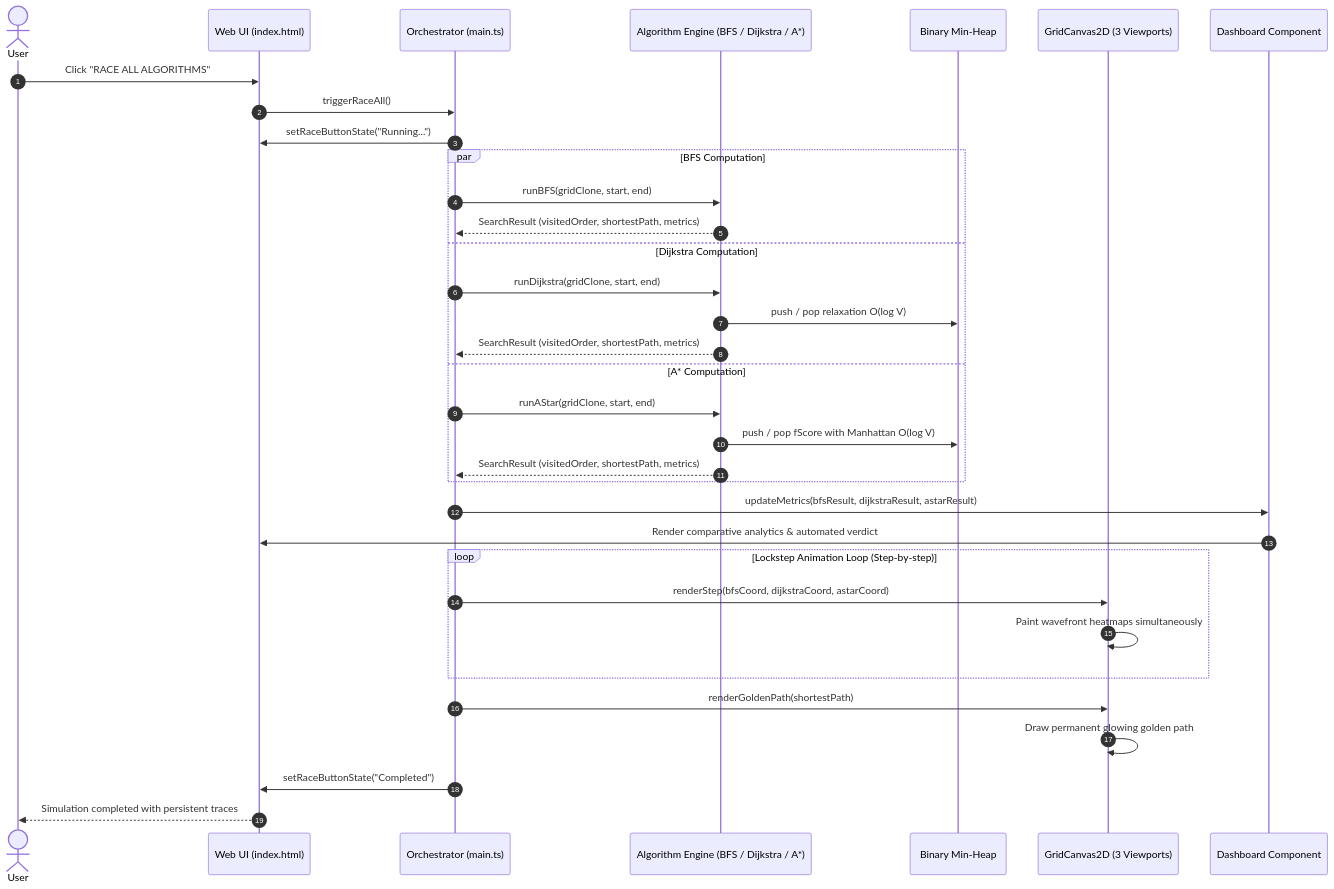
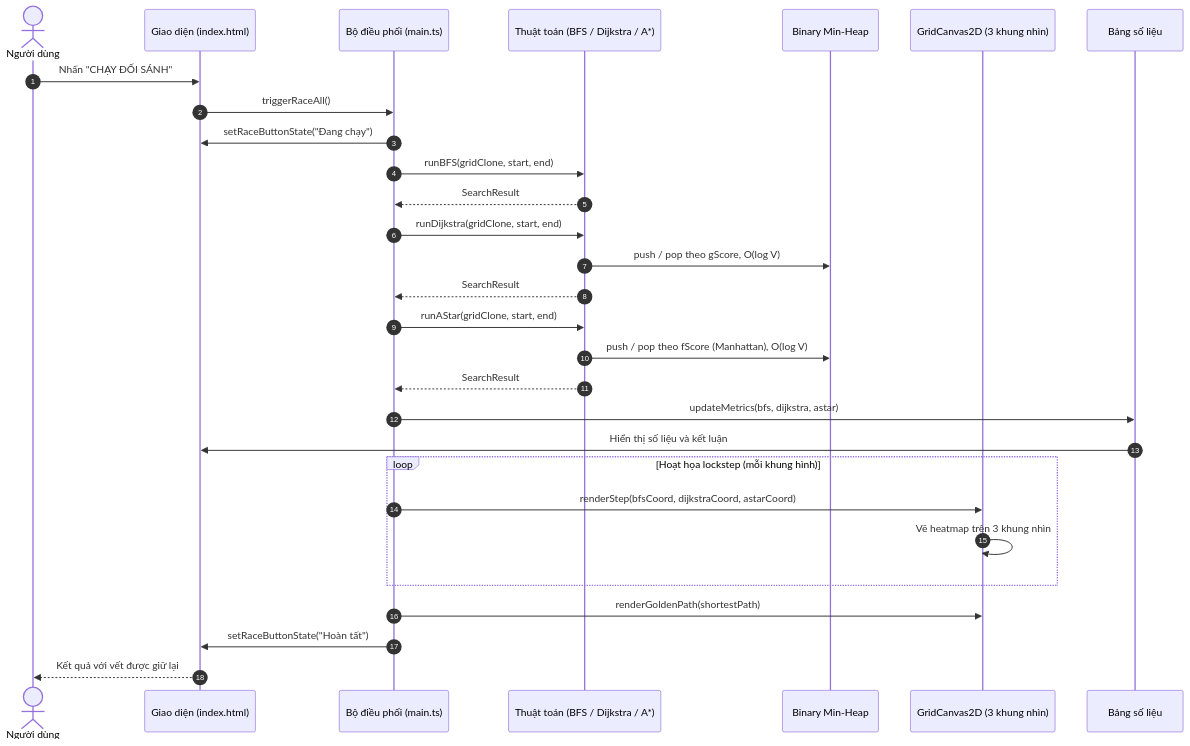
The fifth of 7 diagrams in docs/PathQuest_Technical_Analysis.md (minhduc01168/pathfinding-visualizer-3d), drawn with Mermaid before and after one commit. The commit also changed other lines of this file, not shown here.

First line of the commit message:
docs: review and fix PathQuest technical analysis report

````diff
--- a/docs/PathQuest_Technical_Analysis.md
+++ b/docs/PathQuest_Technical_Analysis.md
@@ -395,41 +356,36 @@
 ```mermaid
 sequenceDiagram
     autonumber
-    actor User as User
-    participant UI as Web UI (index.html)
-    participant Main as Orchestrator (main.ts)
-    participant Core as Algorithm Engine (BFS / Dijkstra / A*)
+    actor User as Người dùng
+    participant UI as Giao diện (index.html)
+    participant Main as Bộ điều phối (main.ts)
+    participant Core as Thuật toán (BFS / Dijkstra / A*)
     participant Heap as Binary Min-Heap
-    participant Render as GridCanvas2D (3 Viewports)
-    participant Dash as Dashboard Component
+    participant Render as GridCanvas2D (3 khung nhìn)
+    participant Dash as Bảng số liệu
 
-    User->>UI: Click "RACE ALL ALGORITHMS"
+    User->>UI: Nhấn "CHẠY ĐỐI SÁNH"
     UI->>Main: triggerRaceAll()
-    Main->>UI: setRaceButtonState("Running...")
-    
-    par BFS Computation
-        Main->>Core: runBFS(gridClone, start, end)
-        Core-->>Main: SearchResult (visitedOrder, shortestPath, metrics)
-    and Dijkstra Computation
-        Main->>Core: runDijkstra(gridClone, start, end)
-        Core->>Heap: push / pop relaxation O(log V)
-        Core-->>Main: SearchResult (visitedOrder, shortestPath, metrics)
-    and A* Computation
-        Main->>Core: runAStar(gridClone, start, end)
-        Core->>Heap: push / pop fScore with Manhattan O(log V)
-        Core-->>Main: SearchResult (visitedOrder, shortestPath, metrics)
-    end
+    Main->>UI: setRaceButtonState("Đang chạy")
 
-    Main->>Dash: updateMetrics(bfsResult, dijkstraResult, astarResult)
-    Dash->>UI: Render comparative analytics & automated verdict
+    Main->>Core: runBFS(gridClone, start, end)
+    Core-->>Main: SearchResult
+    Main->>Core: runDijkstra(gridClone, start, end)
+    Core->>Heap: push / pop theo gScore, O(log V)
+    Core-->>Main: SearchResult
+    Main->>Core: runAStar(gridClone, start, end)
+    Core->>Heap: push / pop theo fScore (Manhattan), O(log V)
+    Core-->>Main: SearchResult
 
-    loop Lockstep Animation Loop (Step-by-step)
+    Main->>Dash: updateMetrics(bfs, dijkstra, astar)
+    Dash->>UI: Hiển thị số liệu và kết luận
+
+    loop Hoạt họa lockstep (mỗi khung hình)
         Main->>Render: renderStep(bfsCoord, dijkstraCoord, astarCoord)
-        Render->>Render: Paint wavefront heatmaps simultaneously
+        Render->>Render: Vẽ heatmap trên 3 khung nhìn
     end
 
     Main->>Render: renderGoldenPath(shortestPath)
-    Render->>Render: Draw permanent glowing golden path
-    Main->>UI: setRaceButtonState("Completed")
-    UI-->>User: Simulation completed with persistent traces
+    Main->>UI: setRaceButtonState("Hoàn tất")
+    UI-->>User: Kết quả với vết được giữ lại
 ```
````
